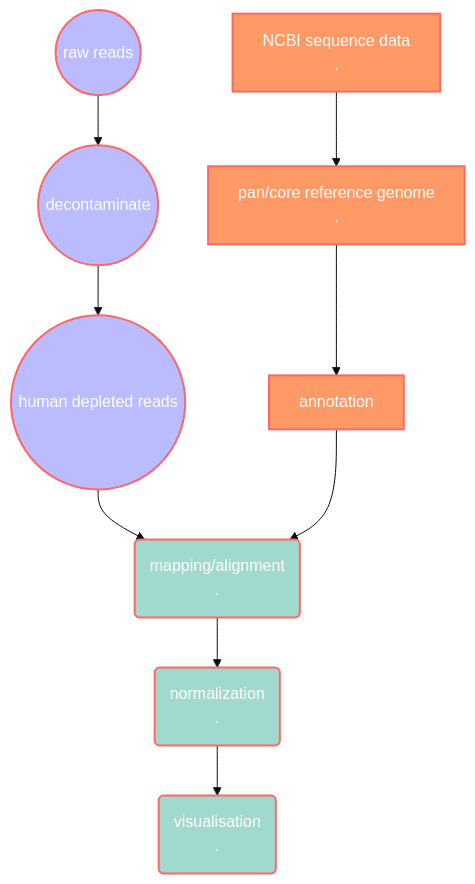
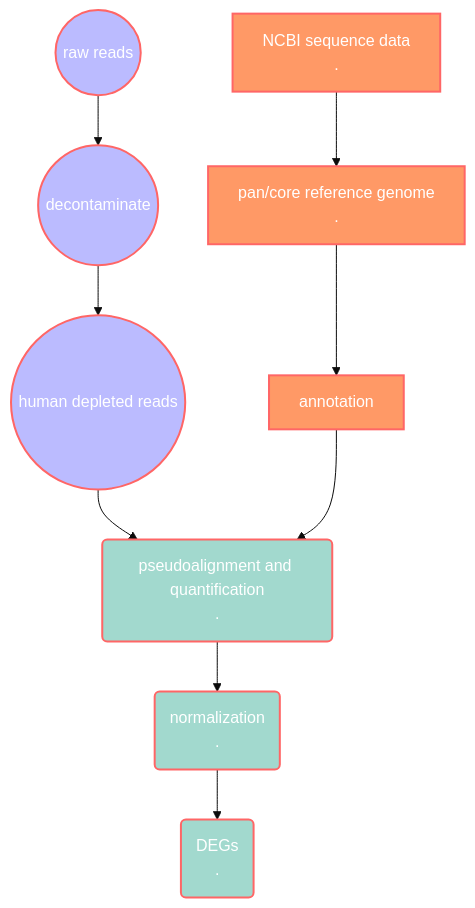
One commit to suu-yi/bioinfo_proj changed the diagram in README.md. Above: the diagram before and after it, drawn with Mermaid (base theme).

````diff
--- a/README.md
+++ b/README.md
@@ -6,14 +6,14 @@
 ```mermaid
 graph TD
         id3[NCBI sequence data\n.] --> id4[pan/core reference genome\n.]
         id4 --> id5[annotation]
   id0((raw reads)) --> id1((decontaminate))
         id1 --> id2((human depleted reads))
-        id2 & id5 --> id6(mapping/alignment\n.) --> id7(normalization\n.) --> id8(visualisation\n.)
+        id2 & id5 --> id6(pseudoalignment and quantification\n.) --> id7(normalization\n.) --> id8(DEGs\n.)
 
 classDef default fill:#bbf,stroke:#f66,stroke-width:2px,color:#fff;
 classDef ref fill:#f96;
 classDef de fill:#A2D9CE;
 class id3,id4,id5 ref;
 class id6,id7,id8 de;
 ```
````
